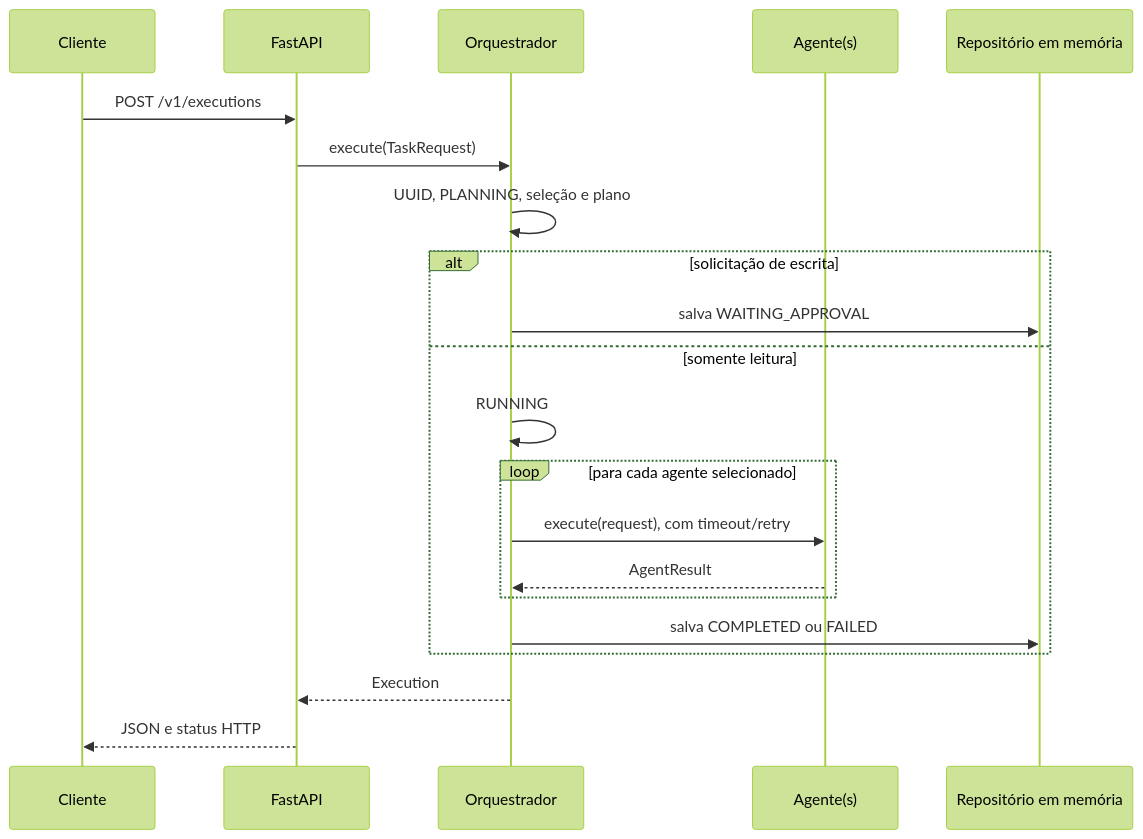
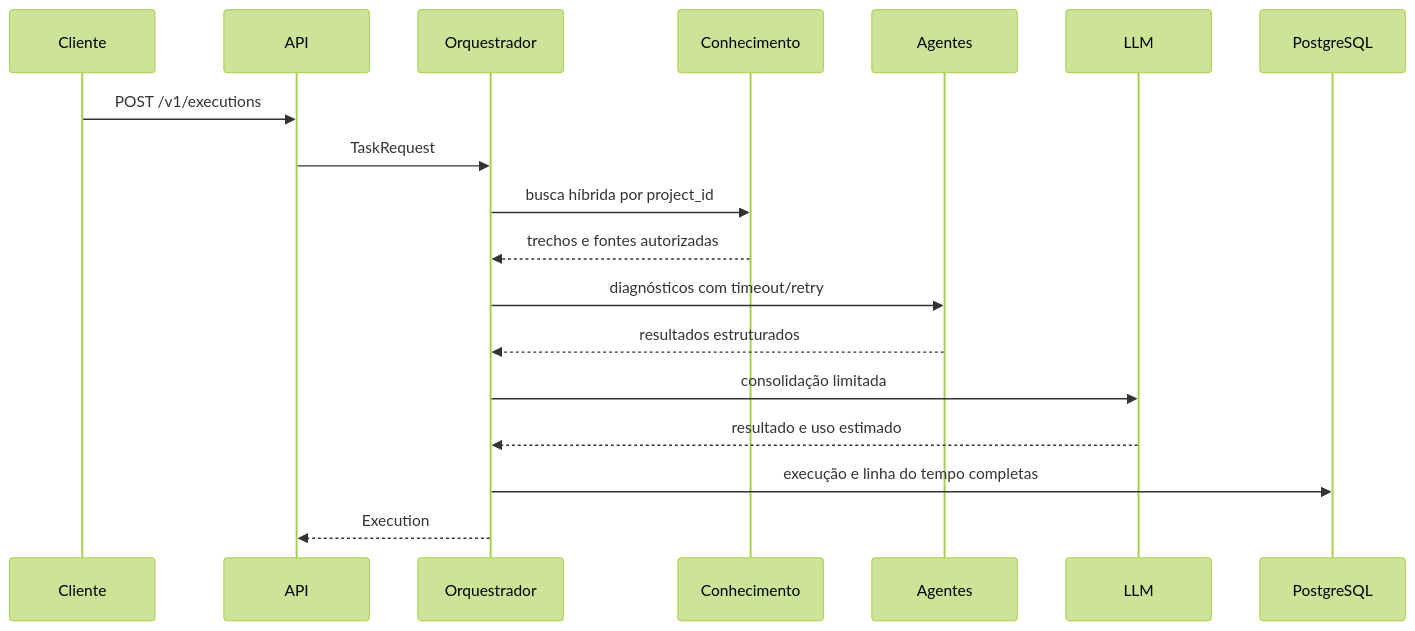
Before and after one commit to AriRoberto/ai-engineering-orchestrator: the second of 3 diagrams in docs/pt-BR/guia-arquitetura.md, drawn with Mermaid (forest theme). The commit also changed other lines of this file and 40 other files, not shown here.

````diff
--- a/docs/pt-BR/guia-arquitetura.md
+++ b/docs/pt-BR/guia-arquitetura.md
@@ -73,24 +30,21 @@
 ```mermaid
 sequenceDiagram
     participant U as Cliente
-    participant A as FastAPI
+    participant A as API
     participant O as Orquestrador
-    participant E as Agente(s)
-    participant M as Repositório em memória
+    participant K as Conhecimento
+    participant G as Agentes
+    participant L as LLM
+    participant P as PostgreSQL
 
     U->>A: POST /v1/executions
-    A->>O: execute(TaskRequest)
-    O->>O: UUID, PLANNING, seleção e plano
-    alt solicitação de escrita
-        O->>M: salva WAITING_APPROVAL
-    else somente leitura
-        O->>O: RUNNING
-        loop para cada agente selecionado
-            O->>E: execute(request), com timeout/retry
-            E-->>O: AgentResult
-        end
-        O->>M: salva COMPLETED ou FAILED
-    end
+    A->>O: TaskRequest
+    O->>K: busca híbrida por project_id
+    K-->>O: trechos e fontes autorizadas
+    O->>G: diagnósticos com timeout/retry
+    G-->>O: resultados estruturados
+    O->>L: consolidação limitada
+    L-->>O: resultado e uso estimado
+    O->>P: execução e linha do tempo completas
     O-->>A: Execution
-    A-->>U: JSON e status HTTP
 ```
````
